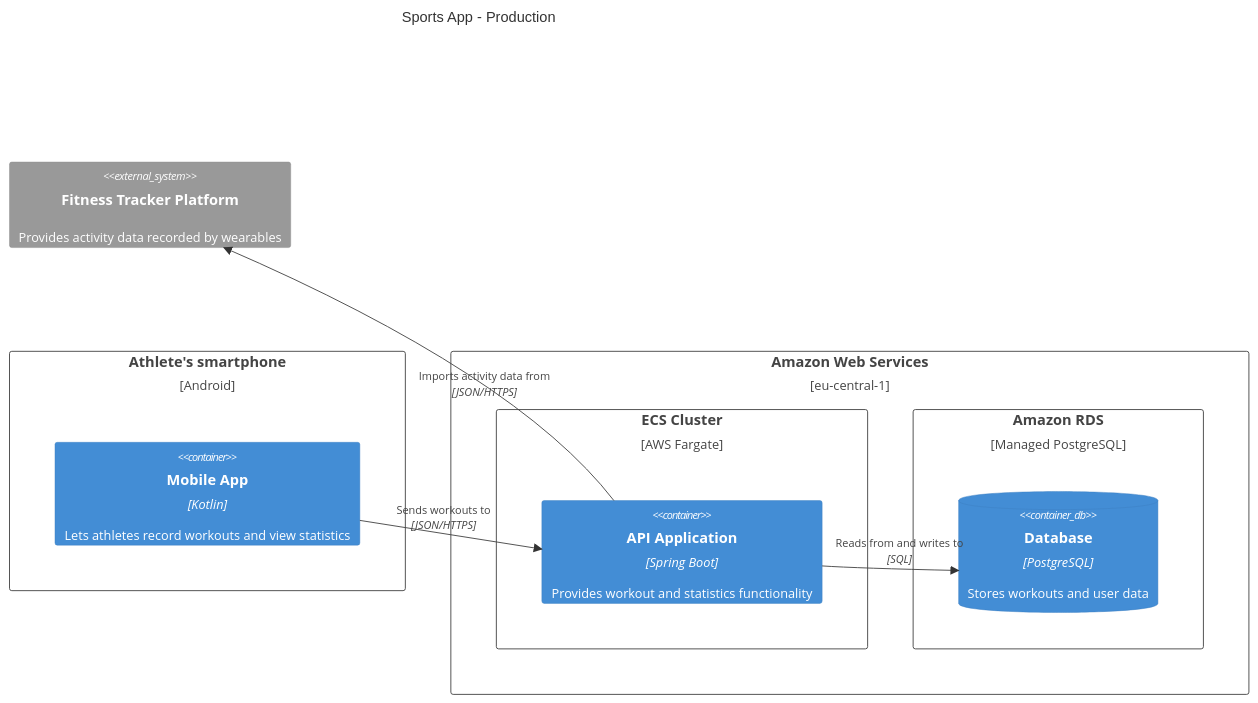
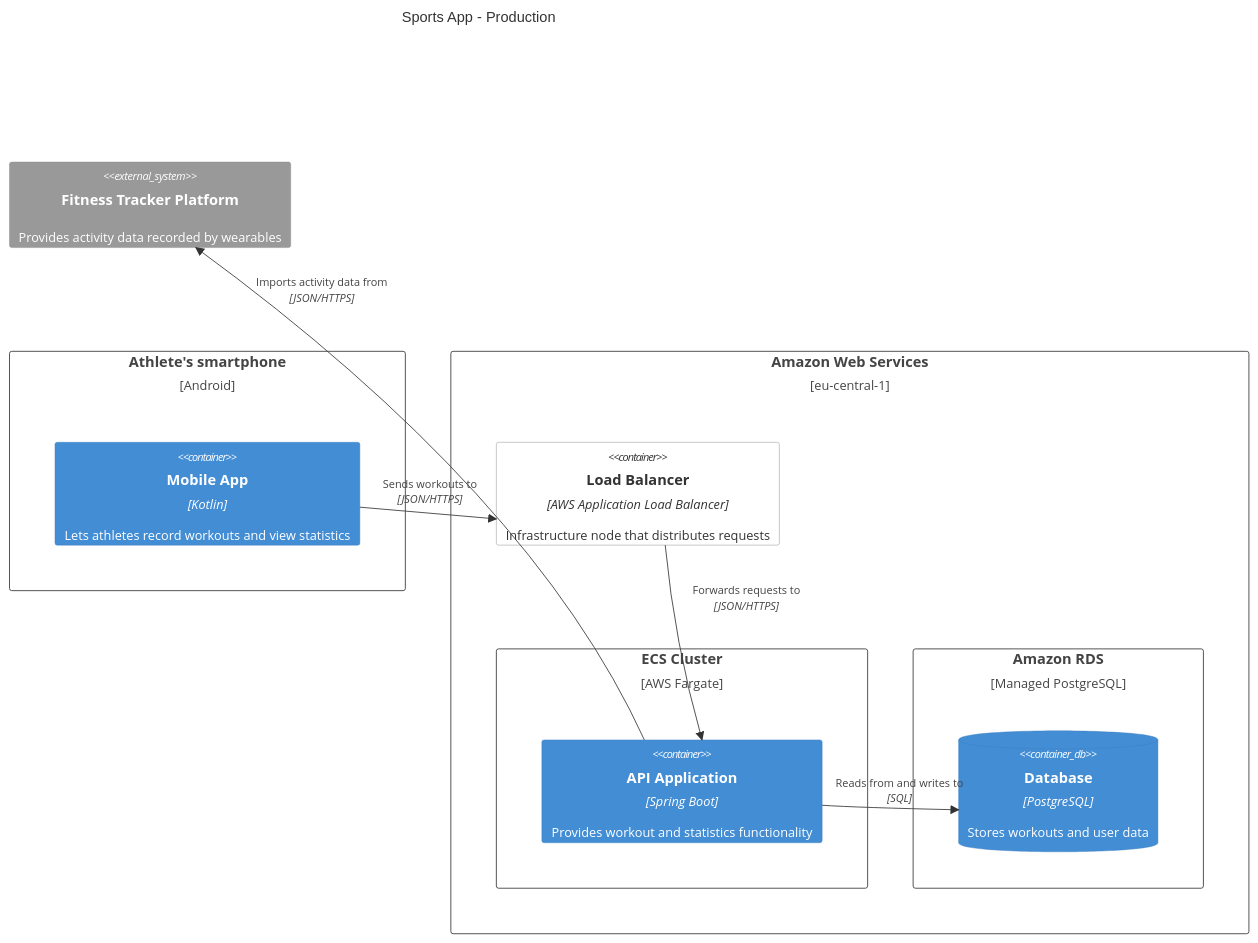
The diagram in src/topics/4-documentation/1-c4/7-deployment/index.md (janmarkuslanger/software-architecture), drawn with Mermaid before and after one commit. The commit also changed other lines of this file and 13 other files, not shown here.

````diff
--- a/src/topics/4-documentation/1-c4/7-deployment/index.md
+++ b/src/topics/4-documentation/1-c4/7-deployment/index.md
@@ -31,29 +31,36 @@
 ```mermaid
 C4Deployment
     title Sports App - Production
 
     Deployment_Node(phone, "Athlete's smartphone", "Android") {
         Container(mobile, "Mobile App", "Kotlin", "Lets athletes record workouts and view statistics")
     }
 
     Deployment_Node(aws, "Amazon Web Services", "eu-central-1") {
+        Container(lb, "Load Balancer", "AWS Application Load Balancer", "Infrastructure node that distributes requests")
+
         Deployment_Node(ecs, "ECS Cluster", "AWS Fargate") {
             Container(api, "API Application", "Spring Boot", "Provides workout and statistics functionality")
         }
 
         Deployment_Node(rds, "Amazon RDS", "Managed PostgreSQL") {
             ContainerDb(db, "Database", "PostgreSQL", "Stores workouts and user data")
         }
     }
 
     System_Ext(tracker, "Fitness Tracker Platform", "Provides activity data recorded by wearables")
 
-    Rel(mobile, api, "Sends workouts to", "JSON/HTTPS")
+    Rel(mobile, lb, "Sends workouts to", "JSON/HTTPS")
+    Rel(lb, api, "Forwards requests to", "JSON/HTTPS")
     Rel(api, db, "Reads from and writes to", "SQL")
     Rel(api, tracker, "Imports activity data from", "JSON/HTTPS")
 
-    UpdateRelStyle(mobile, api, $offsetX="-60", $offsetY="-30")
+    UpdateRelStyle(mobile, lb, $offsetX="-50", $offsetY="-35")
+    UpdateRelStyle(lb, api, $offsetX="10", $offsetY="-60")
+    UpdateRelStyle(api, tracker, $offsetX="-180", $offsetY="-235")
     UpdateRelStyle(api, db, $offsetX="-60", $offsetY="-30")
+
+    UpdateElementStyle(lb, $bgColor="#ffffff", $fontColor="#333333", $borderColor="#888888")
 
     UpdateLayoutConfig($c4ShapeInRow="2", $c4BoundaryInRow="2")
 ```
````
